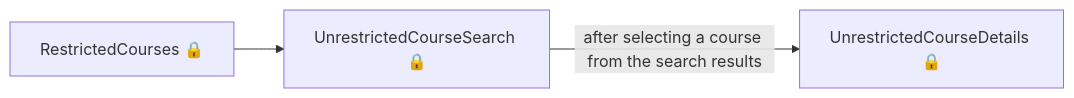
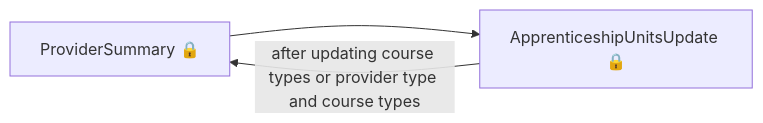
Before and after one commit to talentconsulting/atlas-dfe: diagram 14 of 15 in das-admin-roatp-web/user-journeys/user-journeys.md, drawn with Mermaid. The commit also changed other lines of this file and 36 other files, not shown here.

````diff
--- a/das-admin-roatp-web/user-journeys/user-journeys.md
+++ b/das-admin-roatp-web/user-journeys/user-journeys.md
@@ -171,5 +174,5 @@
 ```mermaid
 flowchart LR
-  p0["RestrictedCourses 🔒"] --> p1["UnrestrictedCourseSearch 🔒"]
-  p1["UnrestrictedCourseSearch 🔒"] -->|"after selecting a course from the search results"| p2["UnrestrictedCourseDetails 🔒"]
+  p0["ProviderSummary 🔒"] --> p1["ApprenticeshipUnitsUpdate 🔒"]
+  p1["ApprenticeshipUnitsUpdate 🔒"] -->|"after updating course types or provider type and course types"| p0["ProviderSummary 🔒"]
 ```
````
